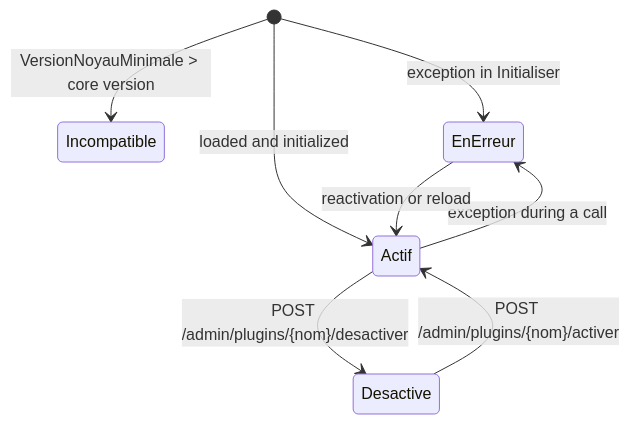
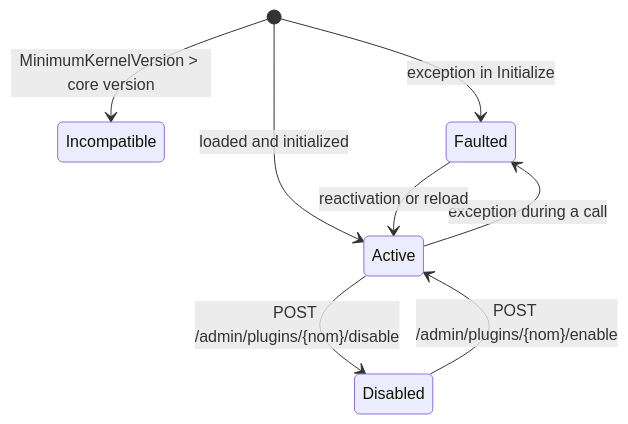
One commit to drangoht/ArchitecturesDemo changed the third of 5 diagrams in Docs/en/13-microkernel.md. Above: the diagram before and after it, drawn with Mermaid. The commit also changed other lines of this file and 78 other files, not shown here.

First line of the commit message:
Docs EN : identifiants, liens, diagrammes et sorties alignés sur le code anglais

````diff
--- a/Docs/en/13-microkernel.md
+++ b/Docs/en/13-microkernel.md
@@ -212,10 +212,10 @@
 ```mermaid
 stateDiagram-v2
-    [*] --> Incompatible : VersionNoyauMinimale > core version
-    [*] --> EnErreur : exception in Initialiser
-    [*] --> Actif : loaded and initialized
-    Actif --> Desactive : POST /admin/plugins/{nom}/desactiver
-    Desactive --> Actif : POST /admin/plugins/{nom}/activer
-    Actif --> EnErreur : exception during a call
-    EnErreur --> Actif : reactivation or reload
+    [*] --> Incompatible : MinimumKernelVersion > core version
+    [*] --> Faulted : exception in Initialize
+    [*] --> Active : loaded and initialized
+    Active --> Disabled : POST /admin/plugins/{nom}/disable
+    Disabled --> Active : POST /admin/plugins/{nom}/enable
+    Active --> Faulted : exception during a call
+    Faulted --> Active : reactivation or reload
 ```
````
